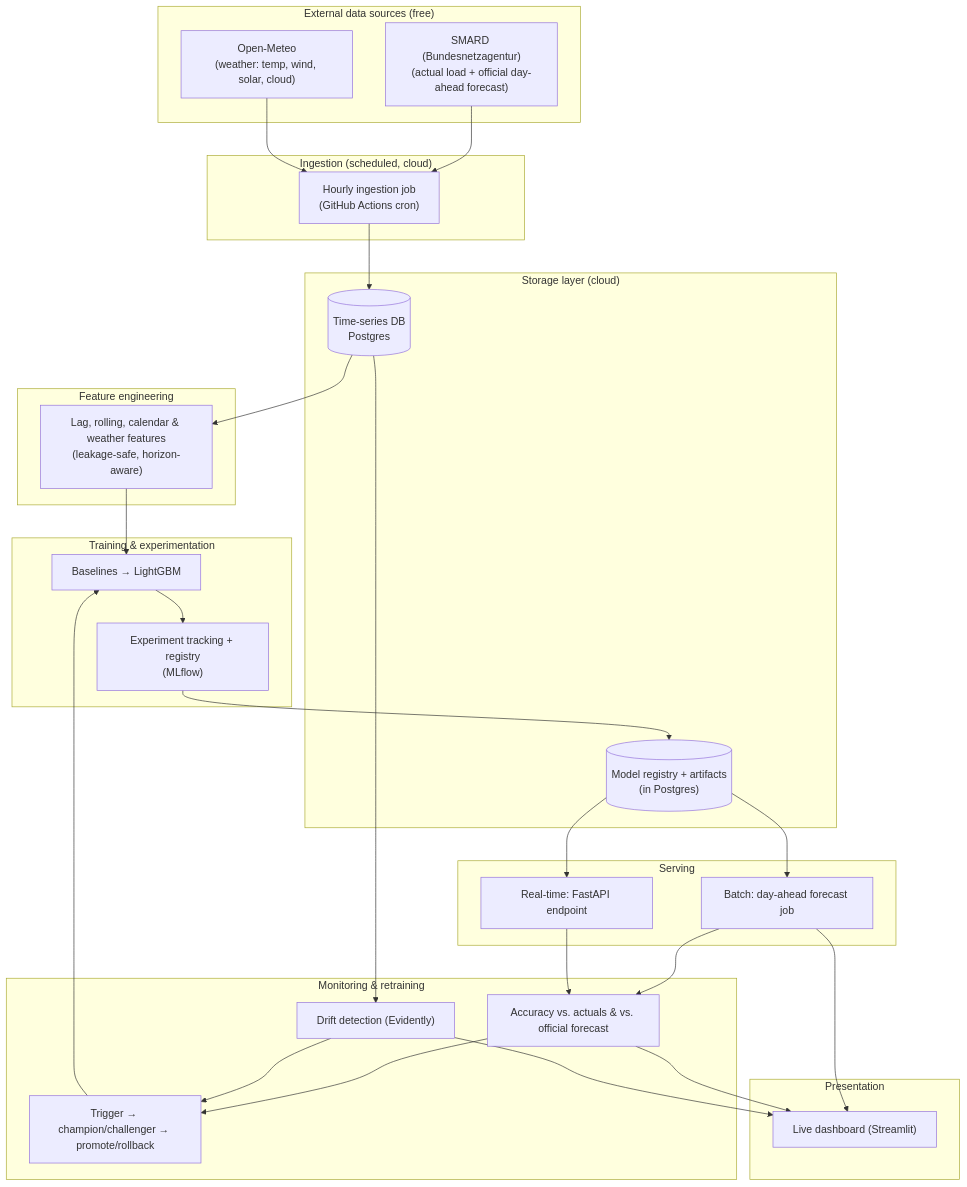
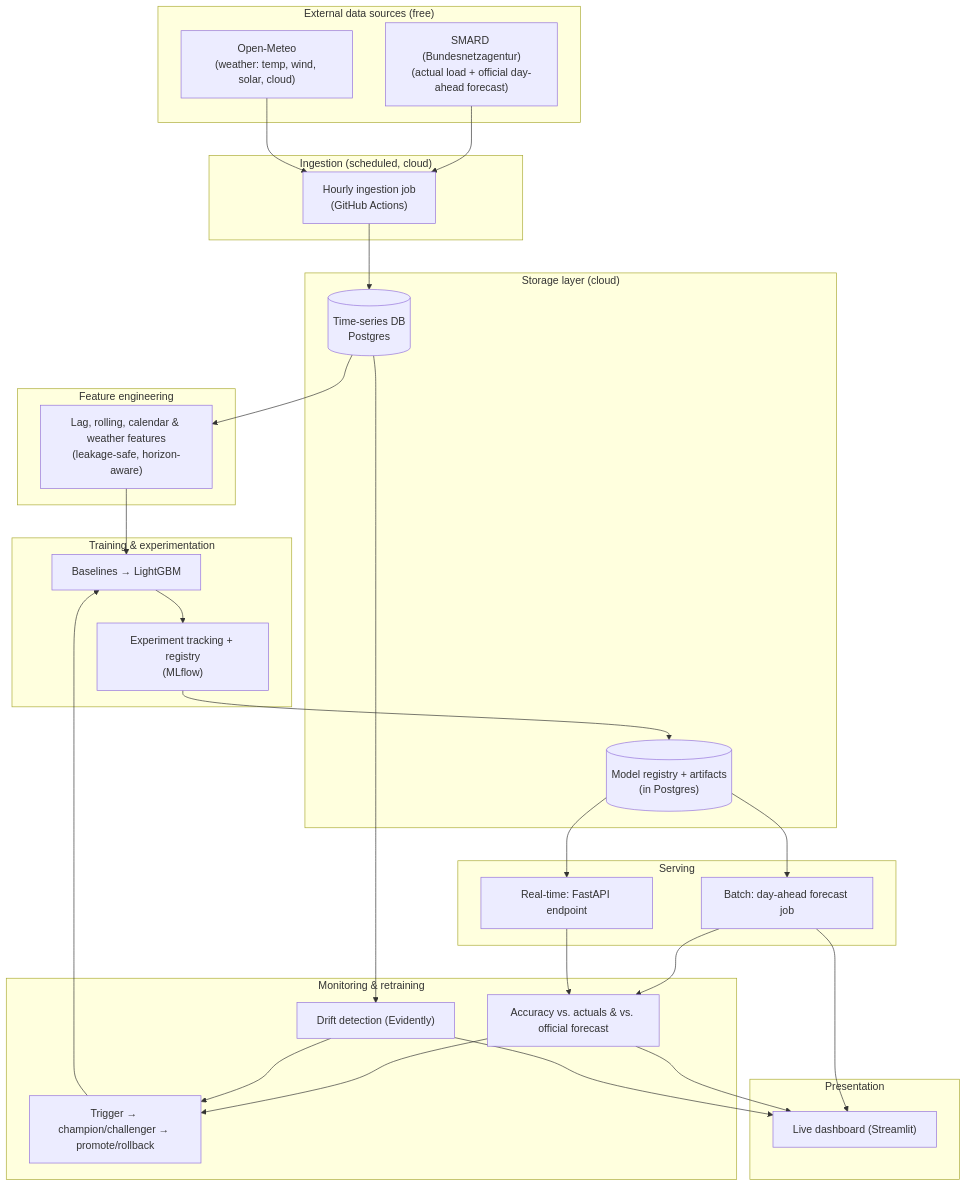
The diagram in README.md (laabidi-ahmed-ai/germany-electricity-load-forecasting-mlops), drawn with Mermaid before and after one commit. The commit also changed other lines of this file and 17 other files, not shown here.

````diff
--- a/README.md
+++ b/README.md
@@ -77,59 +78,59 @@
 ```mermaid
 flowchart TD
     subgraph Sources["External data sources (free)"]
         A1["SMARD (Bundesnetzagentur)<br/>(actual load + official day-ahead forecast)"]
         A2["Open-Meteo<br/>(weather: temp, wind, solar, cloud)"]
     end
 
     subgraph Ingestion["Ingestion (scheduled, cloud)"]
-        B1["Hourly ingestion job<br/>(GitHub Actions cron)"]
+        B1["Hourly ingestion job<br/>(GitHub Actions)"]
     end
 
     subgraph Storage["Storage layer (cloud)"]
         C1[("Time-series DB<br/>Postgres")]
         C2[("Model registry + artifacts<br/>(in Postgres)")]
     end
 
     subgraph Features["Feature engineering"]
         D1["Lag, rolling, calendar & weather features<br/>(leakage-safe, horizon-aware)"]
     end
 
     subgraph Training["Training & experimentation"]
         E1["Baselines → LightGBM"]
         E2["Experiment tracking + registry<br/>(MLflow)"]
     end
 
     subgraph Serving["Serving"]
         F1["Batch: day-ahead forecast job"]
         F2["Real-time: FastAPI endpoint"]
     end
 
     subgraph Ops["Monitoring & retraining"]
         G1["Accuracy vs. actuals & vs. official forecast"]
         G2["Drift detection (Evidently)"]
         G3["Trigger → champion/challenger → promote/rollback"]
     end
 
     subgraph UI["Presentation"]
         H1["Live dashboard (Streamlit)"]
     end
 
     A1 --> B1
     A2 --> B1
     B1 --> C1
     C1 --> D1
     D1 --> E1
     E1 --> E2
     E2 --> C2
     C2 --> F1
     C2 --> F2
     F1 --> G1
     F2 --> G1
     C1 --> G2
     G1 --> G3
     G2 --> G3
     G3 --> E1
     G1 --> H1
     G2 --> H1
     F1 --> H1
 ```
````
